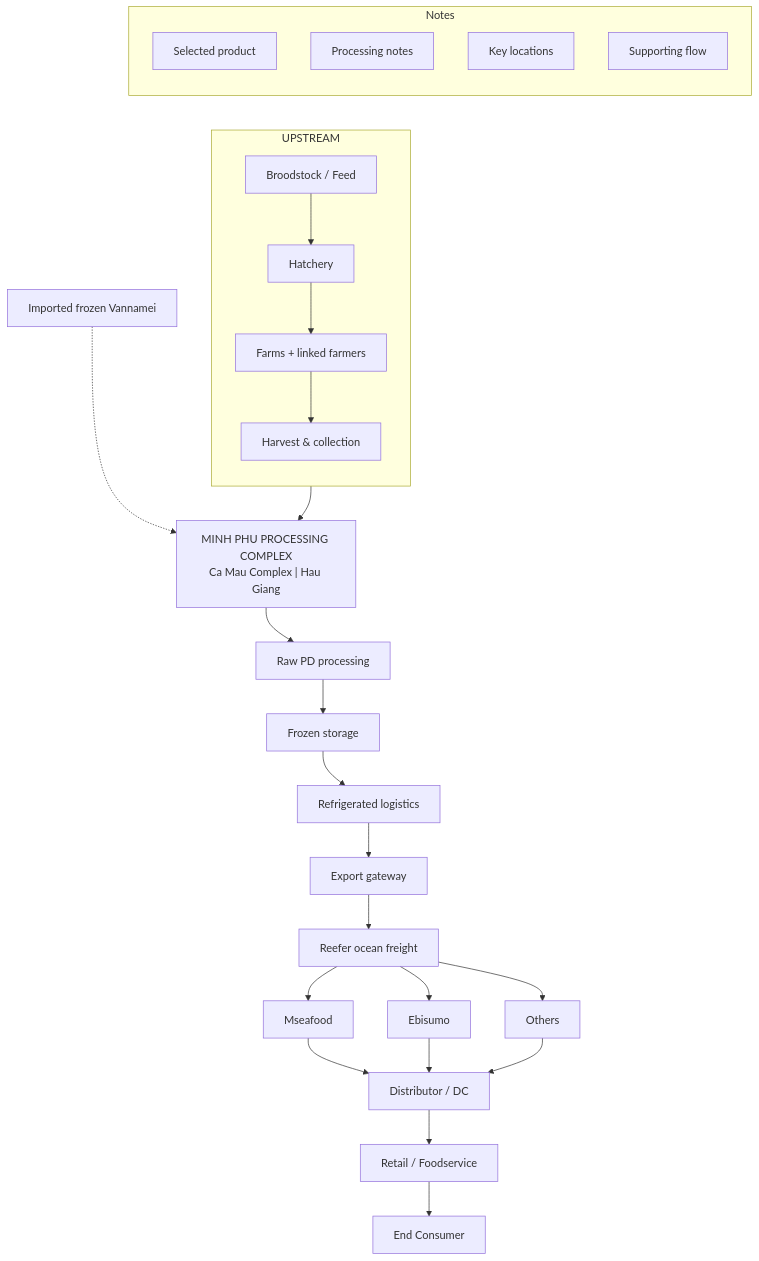
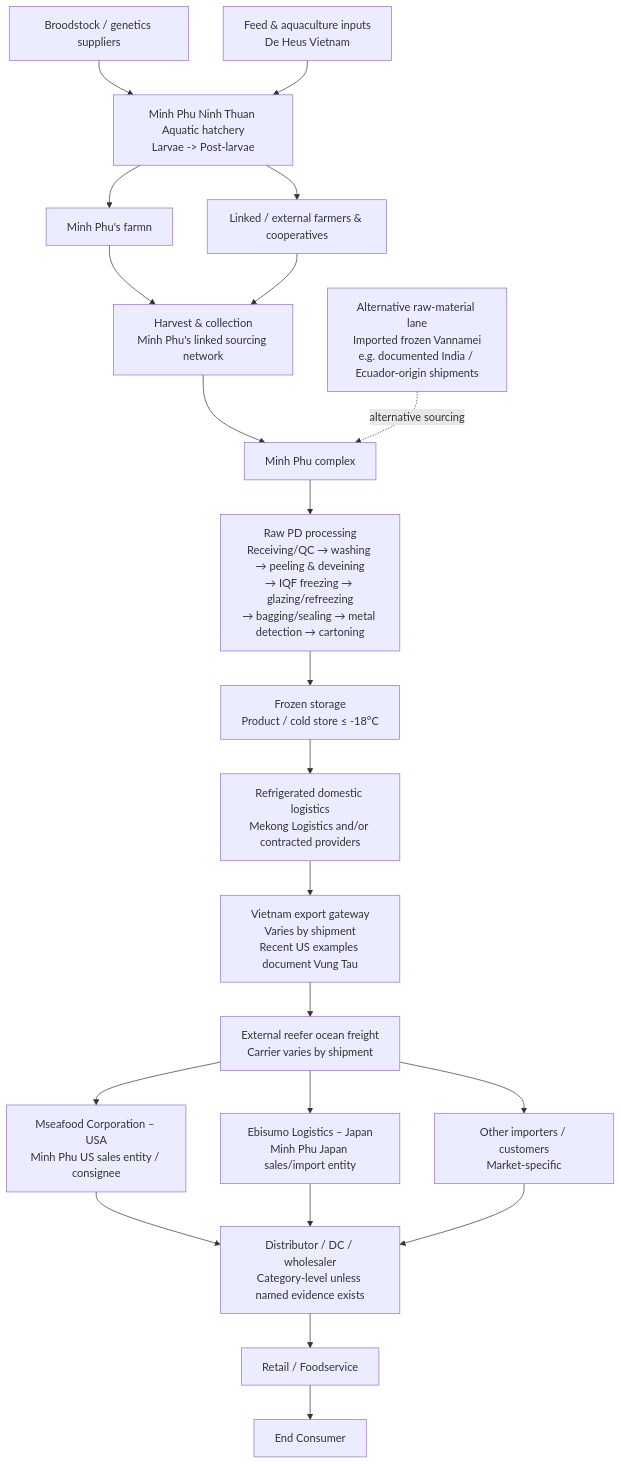
The diagram in minh_phu_supply_chain_master_clean_v2.md (khoahcmiu/khoa), drawn with Mermaid before and after one commit.

````diff
--- a/minh_phu_supply_chain_master_clean_v2.md
+++ b/minh_phu_supply_chain_master_clean_v2.md
@@ -24,53 +24,83 @@
 ```mermaid
 flowchart TD
 
-subgraph NOTES["Notes"]
-direction TB
-N1["Selected product"]
-N2["Processing notes"]
-N3["Key locations"]
-N4["Supporting flow"]
-end
+    A["Broodstock / genetics suppliers"]
 
-subgraph UP["UPSTREAM"]
-direction TB
-A["Broodstock / Feed"]
-B["Hatchery"]
-C["Farms + linked farmers"]
-D["Harvest & collection"]
-A --> B --> C --> D
-end
+    B["Feed & aquaculture inputs<br/>De Heus Vietnam"]
 
-E["MINH PHU PROCESSING COMPLEX<br/>Ca Mau Complex | Hau Giang"]
-F["Raw PD processing"]
-G["Frozen storage"]
-H["Refrigerated logistics"]
-I["Export gateway"]
-J["Reefer ocean freight"]
+    C["Minh Phu Ninh Thuan Aquatic hatchery<br/>Larvae -> Post-larvae"]
 
-K1["Mseafood"]
-K2["Ebisumo"]
-K3["Others"]
+    D1["Minh Phu's farmn"]
 
-L["Distributor / DC"]
-M["Retail / Foodservice"]
-N["End Consumer"]
+    D2["Linked / external farmers & cooperatives"]
 
-X["Imported frozen Vannamei"]
+    E["Harvest & collection<br/>Minh Phu's linked sourcing network"]
 
-D --> E --> F --> G --> H --> I --> J
-J --> K1
-J --> K2
-J --> K3
-K1 --> L
-K2 --> L
-K3 --> L
-L --> M --> N
+    F1["Minh Phu complex"]
 
-X -.-> E
+    G["Raw PD processing<br/>Receiving/QC → washing → peeling & deveining<br/>→ IQF freezing → glazing/refreezing<br/>→ bagging/sealing → metal detection → cartoning"]
 
-N1 ~~~ A
-N2 ~~~ F
-N3 ~~~ E
-N4 ~~~ H
+    H["Frozen storage<br/>Product / cold store ≤ -18°C"]
+
+    I["Refrigerated domestic logistics<br/>Mekong Logistics and/or contracted providers"]
+
+    J["Vietnam export gateway<br/>Varies by shipment<br/>Recent US examples document Vung Tau"]
+
+    K["External reefer ocean freight<br/>Carrier varies by shipment"]
+
+    L1["Mseafood Corporation – USA<br/>Minh Phu US sales entity / consignee"]
+
+    L2["Ebisumo Logistics – Japan<br/>Minh Phu Japan sales/import entity"]
+
+    L3["Other importers / customers<br/>Market-specific"]
+
+    M["Distributor / DC / wholesaler<br/>Category-level unless named evidence exists"]
+
+    N["Retail / Foodservice"]
+
+    O["End Consumer"]
+
+    X["Alternative raw-material lane<br/>Imported frozen Vannamei<br/>e.g. documented India / Ecuador-origin shipments"]
+
+    A --> C
+
+    B --> C
+
+    C --> D1
+
+    C --> D2
+
+    D1 --> E
+
+    D2 --> E
+
+    E --> F1
+
+    X -. alternative sourcing .-> F1
+
+    F1 --> G
+
+    G --> H
+
+    H --> I
+
+    I --> J
+
+    J --> K
+
+    K --> L1
+
+    K --> L2
+
+    K --> L3
+
+    L1 --> M
+
+    L2 --> M
+
+    L3 --> M
+
+    M --> N
+
+    N --> O
 ```
````
